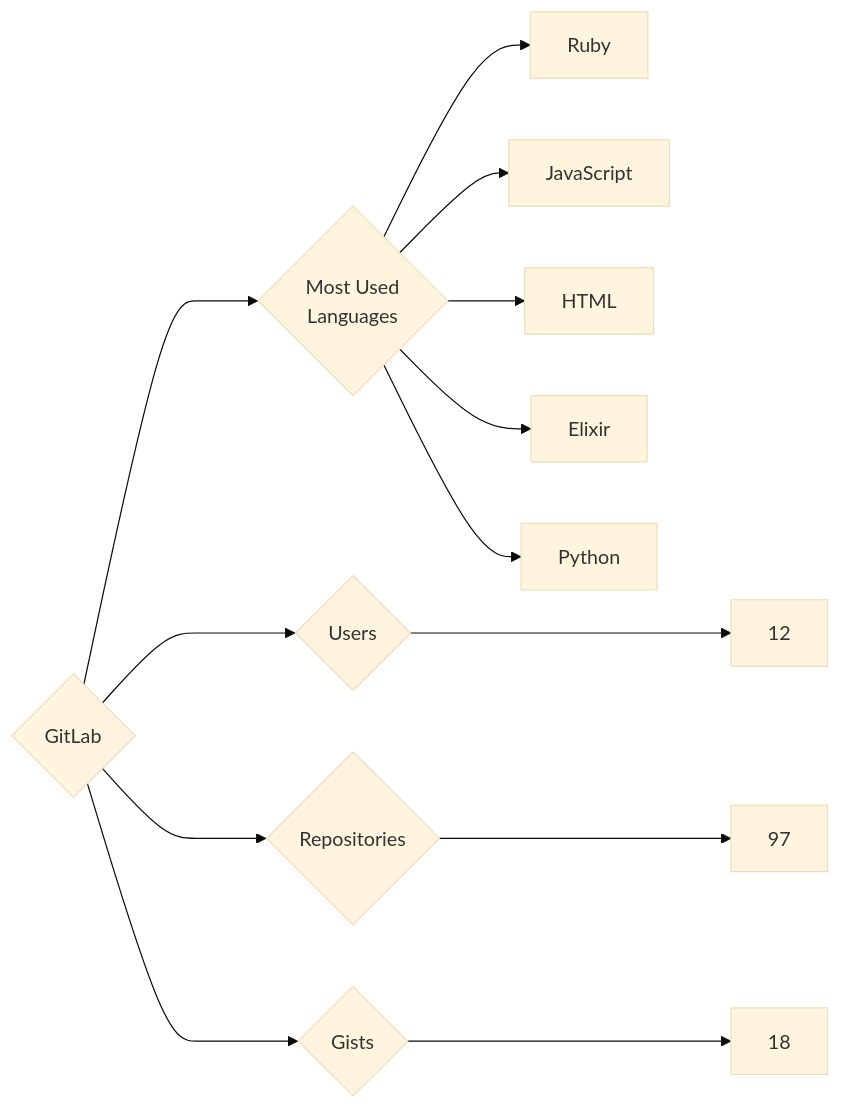
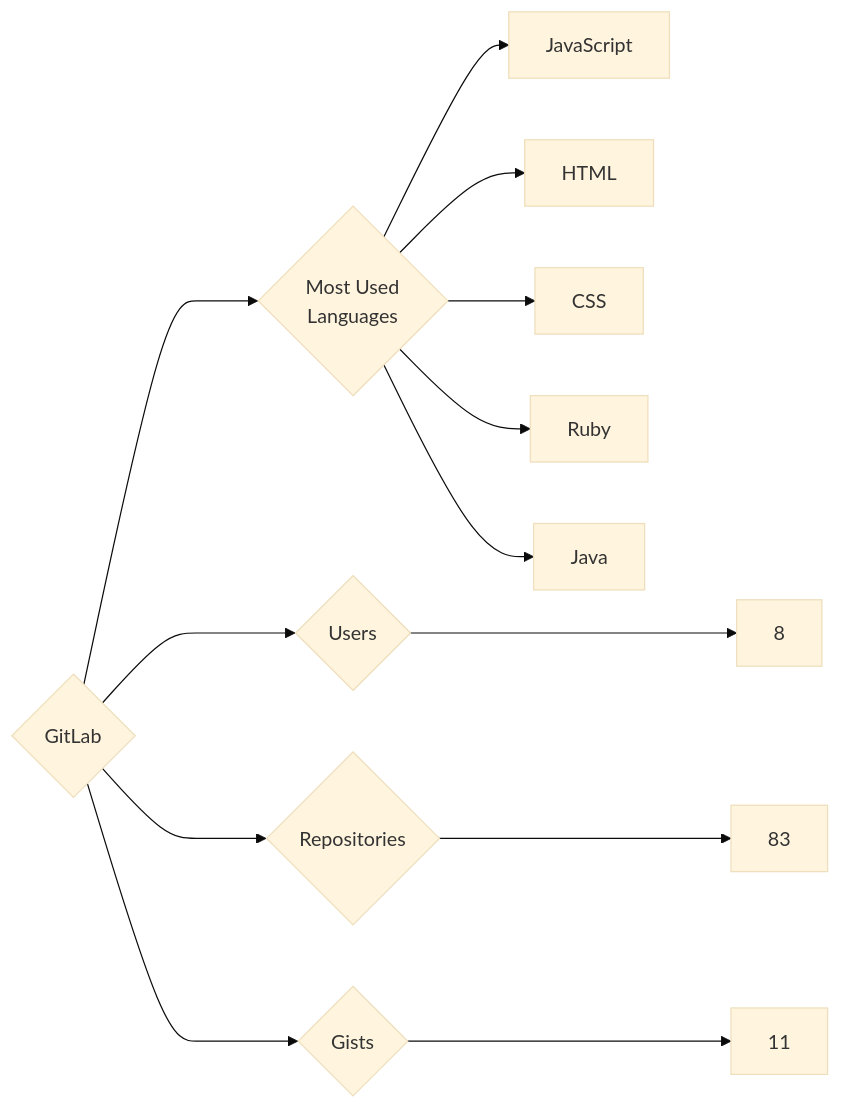
Before and after one commit to trickest/insiders: the diagram in targets/GitLab/README.md, drawn with Mermaid (base theme). The commit also changed 610 other files, not shown here.

````diff
--- a/targets/GitLab/README.md
+++ b/targets/GitLab/README.md
@@ -3,13 +3,13 @@
 ```mermaid
 graph LR
 COMPANY_NAME{GitLab}
-COMPANY_NAME ---> U{Users} ---> UN[12]
-COMPANY_NAME ---> R{Repositories} ---> RN[97]
-COMPANY_NAME ---> G{Gists} ---> GN[18]
+COMPANY_NAME ---> U{Users} ---> UN[8]
+COMPANY_NAME ---> R{Repositories} ---> RN[83]
+COMPANY_NAME ---> G{Gists} ---> GN[11]
 COMPANY_NAME ---> ML{Most Used<br>Languages}
-ML --> Ruby[Ruby]
 ML --> JavaScript[JavaScript]
 ML --> HTML[HTML]
-ML --> Elixir[Elixir]
-ML --> Python[Python]
+ML --> CSS[CSS]
+ML --> Ruby[Ruby]
+ML --> Java[Java]
 ```
````
